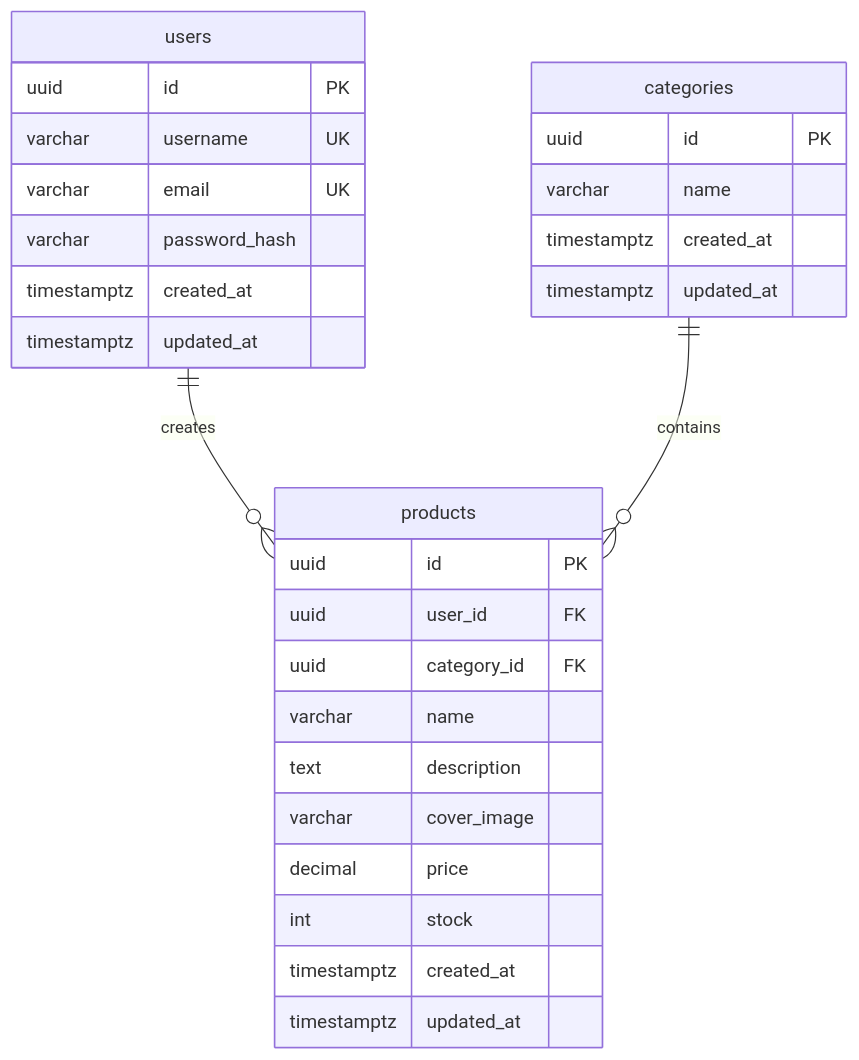
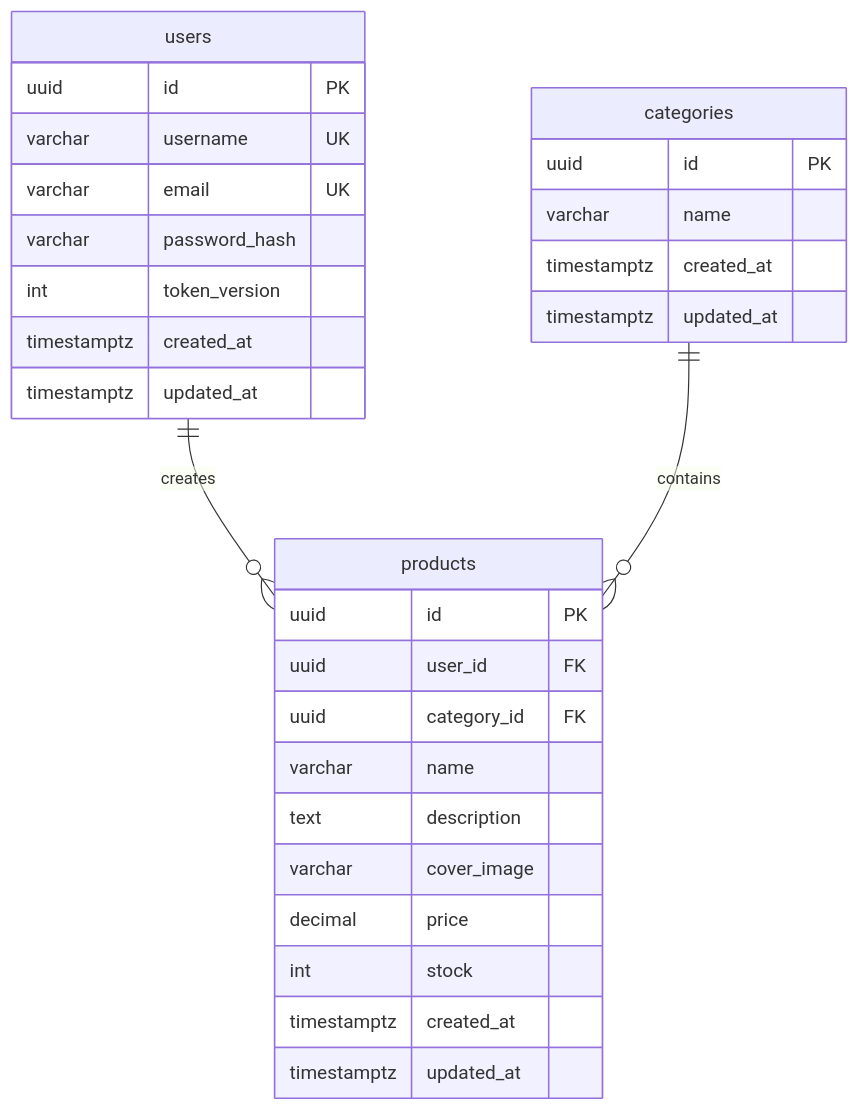
Before and after one commit to py678/ecommerce-product-system: the diagram in docs/database.md, drawn with Mermaid. The commit also changed other lines of this file and 33 other files, not shown here.

````diff
--- a/docs/database.md
+++ b/docs/database.md
@@ -5,31 +5,32 @@
 ```mermaid
 erDiagram
   users ||--o{ products : creates
   categories ||--o{ products : contains
   users {
     uuid id PK
     varchar username UK
     varchar email UK
     varchar password_hash
+    int token_version
     timestamptz created_at
     timestamptz updated_at
   }
   categories {
     uuid id PK
     varchar name
     timestamptz created_at
     timestamptz updated_at
   }
   products {
     uuid id PK
     uuid user_id FK
     uuid category_id FK
     varchar name
     text description
     varchar cover_image
     decimal price
     int stock
     timestamptz created_at
     timestamptz updated_at
   }
 ```
````
